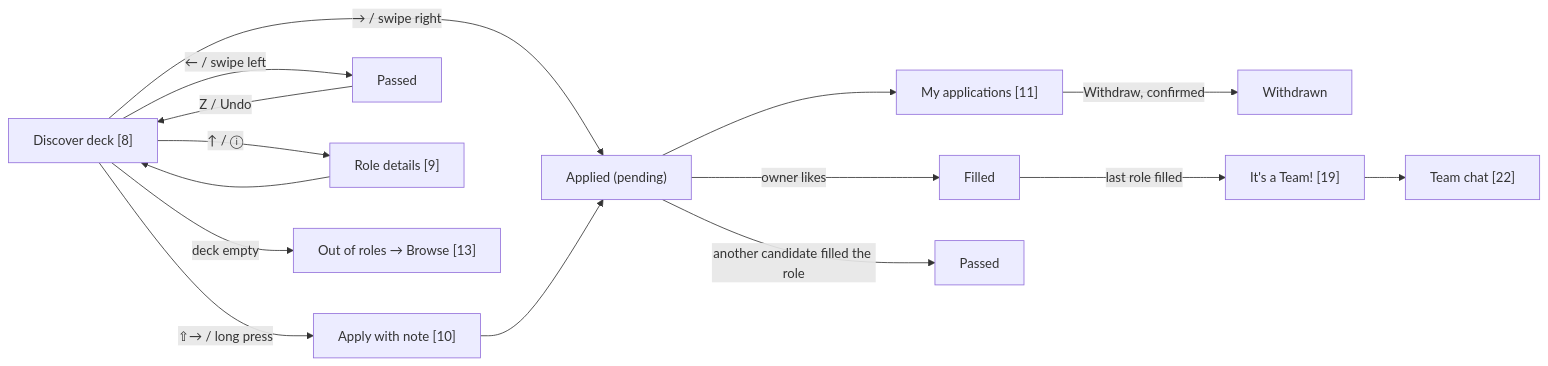
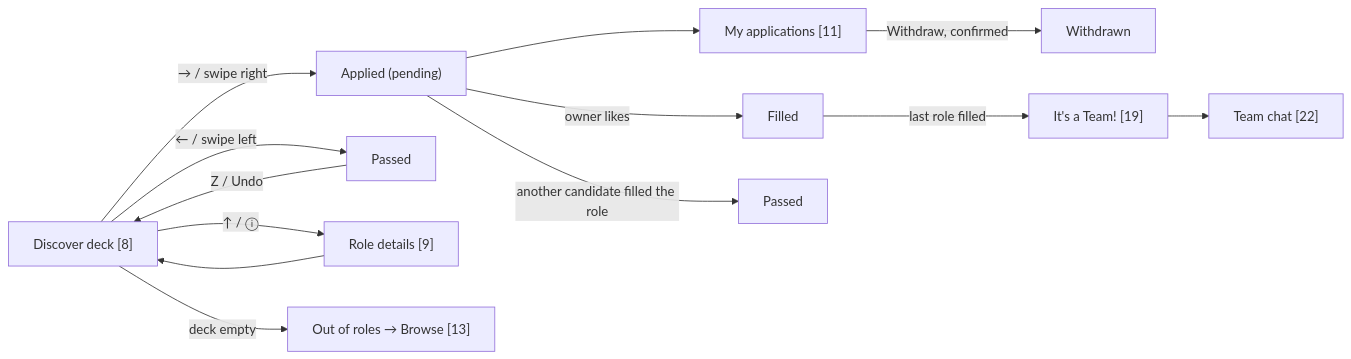
One commit to season101/teammatch changed the second of 9 diagrams in docs/design/screens/flows.md. Above: the diagram before and after it, drawn with Mermaid. The commit also changed other lines of this file and 3 other files, not shown here.

````diff
--- a/docs/design/screens/flows.md
+++ b/docs/design/screens/flows.md
@@ -30,14 +30,13 @@
 ```mermaid
 flowchart LR
     DK["Discover deck [8]"] -->|"→ / swipe right"| A["Applied (pending)"]
-    DK -->|"⇧→ / long press"| N["Apply with note [10]"] --> A
     DK -->|"← / swipe left"| PS["Passed"]
     PS -->|"Z / Undo"| DK
     DK -->|"↑ / ⓘ"| RD["Role details [9]"] --> DK
     A --> MA["My applications [11]"]
     MA -->|Withdraw, confirmed| W["Withdrawn"]
     A -->|owner likes| F["Filled"]
     A -->|another candidate filled the role| PA["Passed"]
     F -->|last role filled| T["It's a Team! [19]"] --> C["Team chat [22]"]
     DK -->|deck empty| E["Out of roles → Browse [13]"]
 ```
````
